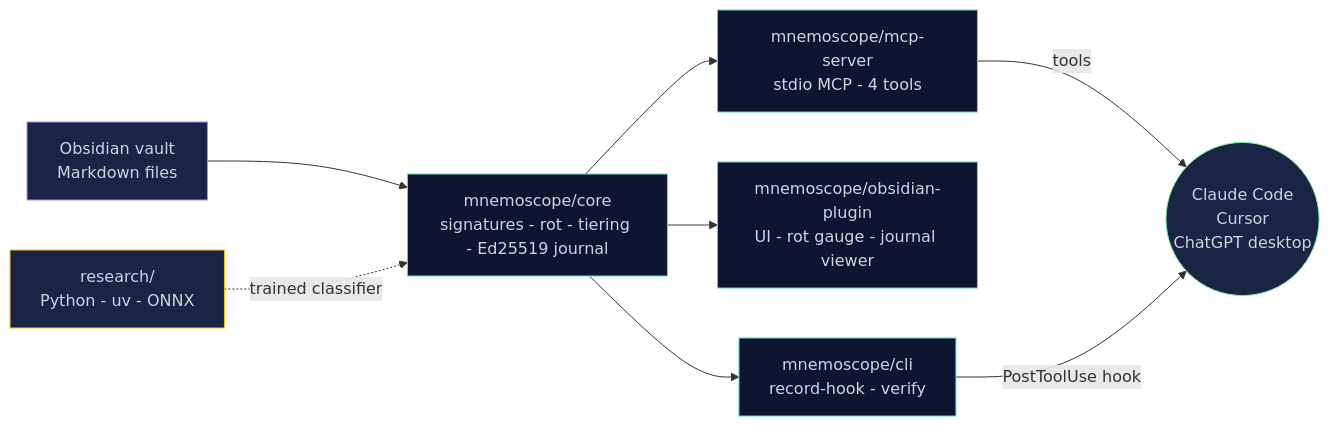
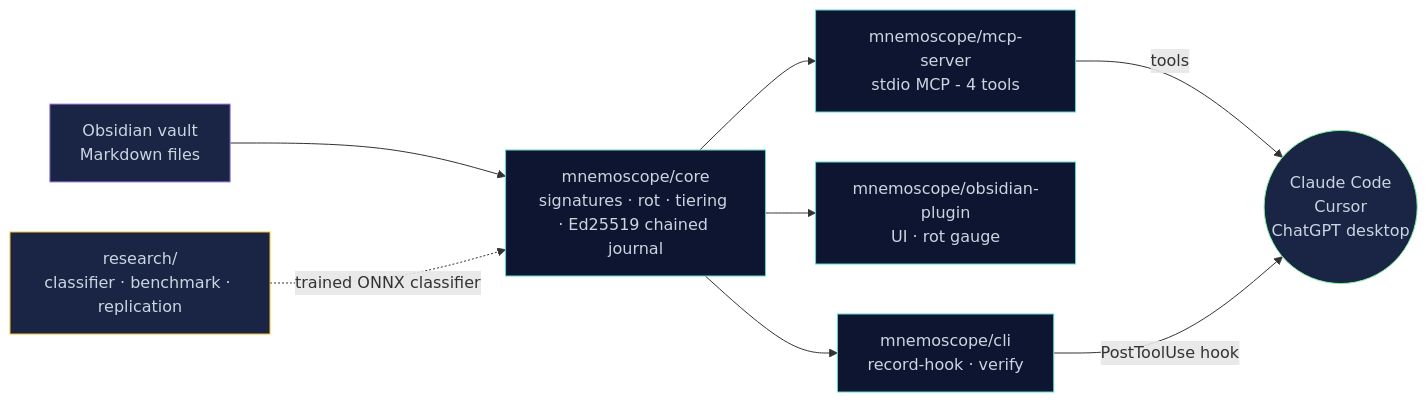
One commit to toonight/Mnemoscope changed the first of 2 diagrams in README.md. Above: the diagram before and after it, drawn with Mermaid. The commit also changed other lines of this file and 34 other files, not shown here.

First line of the commit message:
release(v0.1.0): chained signatures, MarkdownMemBench v0.1, classifier pipeline, full README rewrite

````diff
--- a/README.md
+++ b/README.md
@@ -110,17 +154,17 @@
 ```mermaid
 flowchart LR
-    A["Obsidian vault<br/>Markdown files"] --> B["mnemoscope/core<br/>signatures - rot - tiering - Ed25519 journal"]
+    A["Obsidian vault<br/>Markdown files"] --> B["mnemoscope/core<br/>signatures · rot · tiering · Ed25519 chained journal"]
     B --> C["mnemoscope/mcp-server<br/>stdio MCP - 4 tools"]
-    B --> D["mnemoscope/obsidian-plugin<br/>UI - rot gauge - journal viewer"]
-    B --> G["mnemoscope/cli<br/>record-hook - verify"]
+    B --> D["mnemoscope/obsidian-plugin<br/>UI · rot gauge"]
+    B --> G["mnemoscope/cli<br/>record-hook · verify"]
     C -->|tools| E(("Claude Code<br/>Cursor<br/>ChatGPT desktop"))
     G -->|PostToolUse hook| E
-    F["research/<br/>Python - uv - ONNX"] -.->|trained classifier| B
+    F["research/<br/>classifier · benchmark · replication"] -.->|trained ONNX classifier| B
     style A fill:#1a2444,stroke:#a78bfa,color:#cbd5e1
     style B fill:#0e1530,stroke:#5fd9d1,color:#cbd5e1
     style C fill:#0e1530,stroke:#5fd9d1,color:#cbd5e1
     style D fill:#0e1530,stroke:#5fd9d1,color:#cbd5e1
     style G fill:#0e1530,stroke:#5fd9d1,color:#cbd5e1
     style E fill:#1a2444,stroke:#7cf09d,color:#cbd5e1
     style F fill:#1a2444,stroke:#fbbf24,color:#cbd5e1
 ```
````
